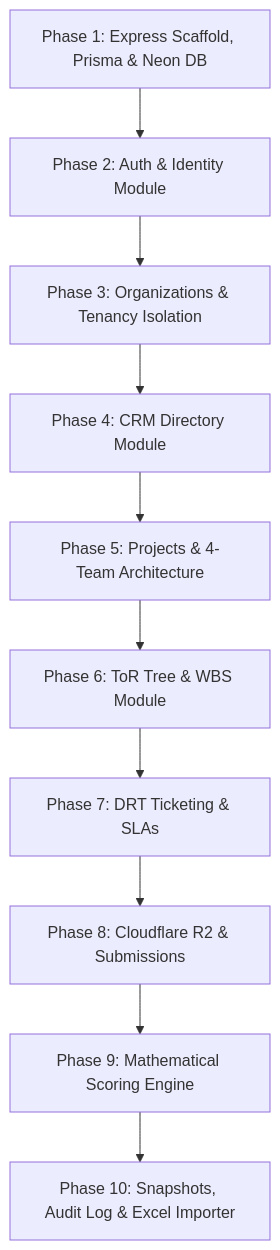
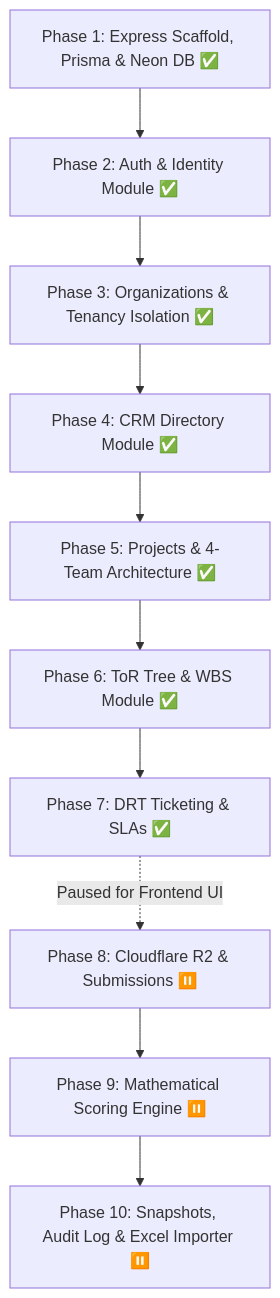
One commit to AbdurRahman11072/GRC changed the diagram in Docs/backend_implementation_plan.md. Above: the diagram before and after it, drawn with Mermaid. The commit also changed other lines of this file and 1 other file, not shown here.

Commit message:
docs: establish frontend implementation plan with RTK Query and TanStack Form

````diff
--- a/Docs/backend_implementation_plan.md
+++ b/Docs/backend_implementation_plan.md
@@ -18,12 +33,12 @@
 ```mermaid
 graph TD
-    P1[Phase 1: Express Scaffold, Prisma & Neon DB] --> P2[Phase 2: Auth & Identity Module]
-    P2 --> P3[Phase 3: Organizations & Tenancy Isolation]
-    P3 --> P4[Phase 4: CRM Directory Module]
-    P4 --> P5[Phase 5: Projects & 4-Team Architecture]
-    P5 --> P6[Phase 6: ToR Tree & WBS Module]
-    P6 --> P7[Phase 7: DRT Ticketing & SLAs]
-    P7 --> P8[Phase 8: Cloudflare R2 & Submissions]
-    P8 --> P9[Phase 9: Mathematical Scoring Engine]
-    P9 --> P10[Phase 10: Snapshots, Audit Log & Excel Importer]
+    P1[Phase 1: Express Scaffold, Prisma & Neon DB ✅] --> P2[Phase 2: Auth & Identity Module ✅]
+    P2 --> P3[Phase 3: Organizations & Tenancy Isolation ✅]
+    P3 --> P4[Phase 4: CRM Directory Module ✅]
+    P4 --> P5[Phase 5: Projects & 4-Team Architecture ✅]
+    P5 --> P6[Phase 6: ToR Tree & WBS Module ✅]
+    P6 --> P7[Phase 7: DRT Ticketing & SLAs ✅]
+    P7 -.->|Paused for Frontend UI| P8[Phase 8: Cloudflare R2 & Submissions ⏸️]
+    P8 --> P9[Phase 9: Mathematical Scoring Engine ⏸️]
+    P9 --> P10[Phase 10: Snapshots, Audit Log & Excel Importer ⏸️]
 ```
````
